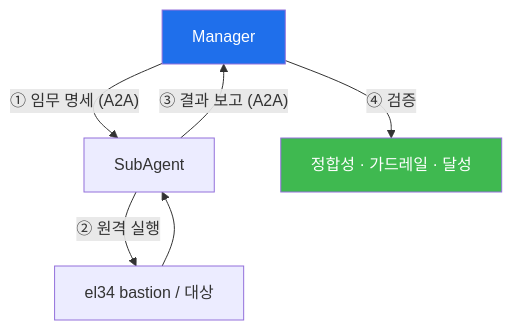
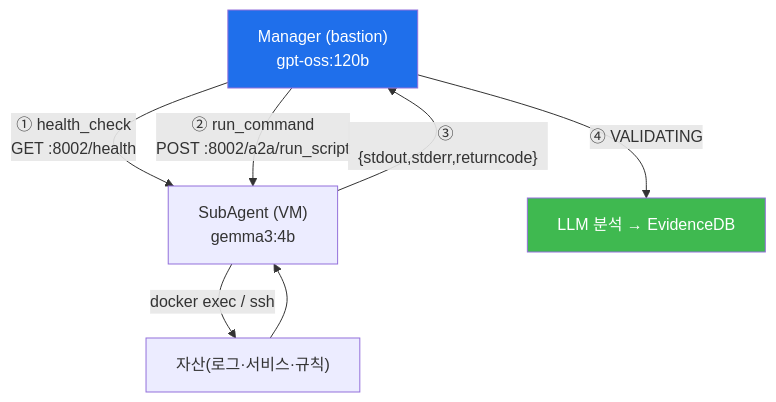
The diagram in contents/training/autonomous-security/lecture_week04.md (mrgrit/tw2), drawn with Mermaid before and after one commit. The commit also changed other lines of this file and 3 other files, not shown here.

````diff
--- a/contents/training/autonomous-security/lecture_week04.md
+++ b/contents/training/autonomous-security/lecture_week04.md
@@ -55,10 +56,11 @@
 ```mermaid
 graph TD
-    M["Manager"] -->|"① 임무 명세 (A2A)"| S["SubAgent"]
-    S -->|"② 원격 실행"| T["el34 bastion / 대상"]
+    M["Manager (bastion)<br/>gpt-oss:120b"] -->|"① health_check<br/>GET :8002/health"| S["SubAgent (VM)<br/>gemma3:4b"]
+    M -->|"② run_command<br/>POST :8002/a2a/run_script"| S
+    S -->|"docker exec / ssh"| T["자산(로그·서비스·규칙)"]
     T --> S
-    S -->|"③ 결과 보고 (A2A)"| M
-    M -->|"④ 검증"| V["정합성 · 가드레일 · 달성"]
+    S -->|"③ {stdout,stderr,returncode}"| M
+    M -->|"④ VALIDATING"| V["LLM 분석 → EvidenceDB"]
     style M fill:#1f6feb,color:#fff
     style V fill:#3fb950,color:#fff
 ```
````
